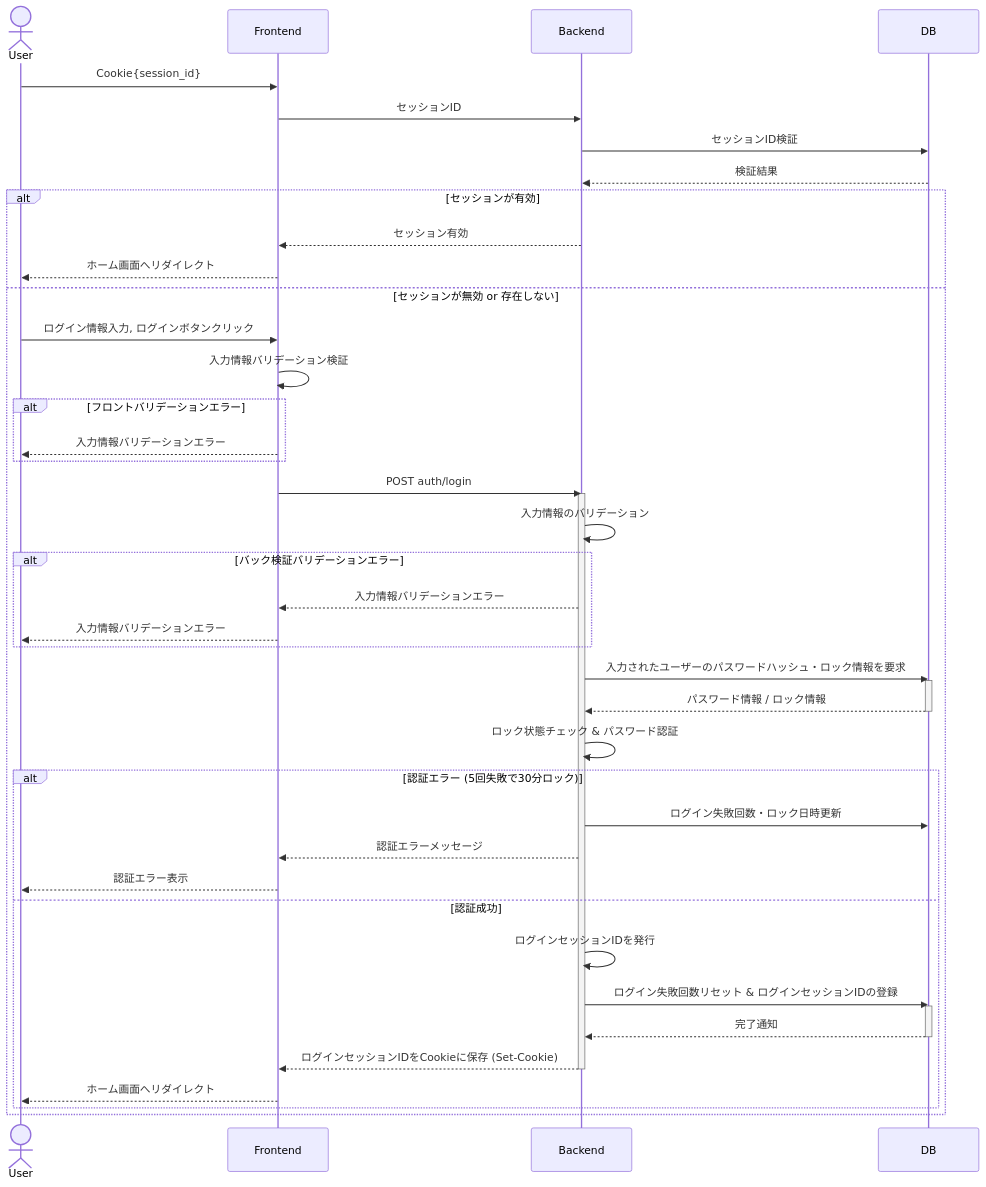
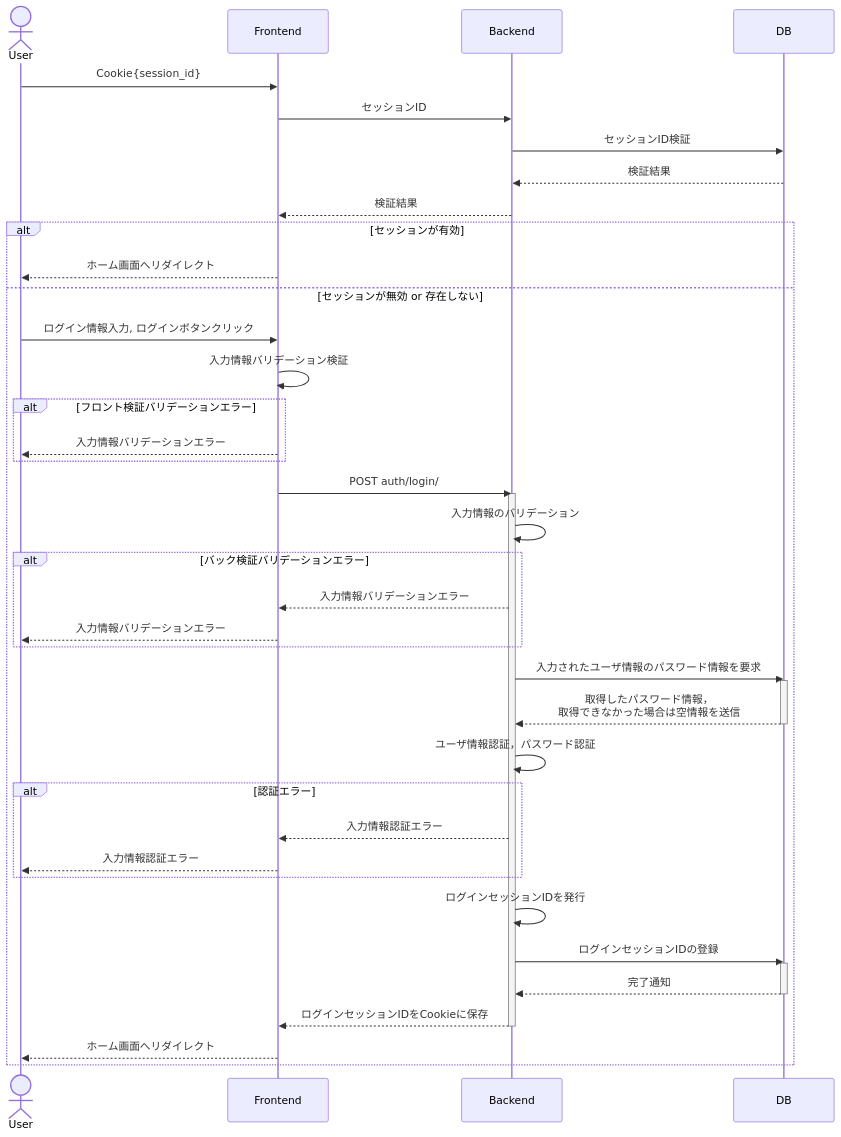
The fourth of 9 diagrams in docs/process_design.md (TUS-TI-dev-team/SyncTask), drawn with Mermaid before and after one commit. The commit also changed other lines of this file, not shown here.

````diff
--- a/docs/process_design.md
+++ b/docs/process_design.md
@@ -131,48 +144,46 @@
 ```mermaid
 sequenceDiagram
 	actor User
 	participant Frontend
 	participant Backend
 	participant DB
 
 	User->>Frontend: Cookie{session_id}
 	Frontend->>Backend: セッションID
 	Backend->>DB: セッションID検証
 	DB-->>Backend: 検証結果
+	Backend-->>Frontend: 検証結果
 	alt セッションが有効
-		Backend-->>Frontend: セッション有効
 		Frontend-->>User: ホーム画面へリダイレクト
 	else セッションが無効 or 存在しない
 		User->>Frontend: ログイン情報入力, ログインボタンクリック
 		Frontend->>Frontend: 入力情報バリデーション検証
-		alt フロントバリデーションエラー
+		alt フロント検証バリデーションエラー
 			Frontend-->>User: 入力情報バリデーションエラー
 		end
-		Frontend->>Backend: POST auth/login
+		Frontend->>Backend: POST auth/login/
 		activate Backend
 		Backend->>Backend: 入力情報のバリデーション
 		alt バック検証バリデーションエラー
 			Backend-->>Frontend: 入力情報バリデーションエラー
 			Frontend-->>User: 入力情報バリデーションエラー
 		end
-		Backend->>DB: 入力されたユーザーのパスワードハッシュ・ロック情報を要求
+		Backend->>DB: 入力されたユーザ情報のパスワード情報を要求
 		activate DB
-		DB-->>Backend: パスワード情報 / ロック情報
+		DB-->>Backend: 取得したパスワード情報，<br>取得できなかった場合は空情報を送信
 		deactivate DB
-		Backend->>Backend: ロック状態チェック & パスワード認証
-		alt 認証エラー (5回失敗で30分ロック)
-			Backend->>DB: ログイン失敗回数・ロック日時更新
-			Backend-->>Frontend: 認証エラーメッセージ
-			Frontend-->>User: 認証エラー表示
-		else 認証成功
-			Backend->>Backend: ログインセッションIDを発行
-			Backend->>DB: ログイン失敗回数リセット & ログインセッションIDの登録
-			activate DB
-			DB-->>Backend: 完了通知
-			deactivate DB
-			Backend-->>Frontend: ログインセッションIDをCookieに保存 (Set-Cookie)
-			deactivate Backend
-			Frontend-->>User: ホーム画面へリダイレクト
+		Backend->>Backend: ユーザ情報認証，パスワード認証
+		alt 認証エラー
+			Backend-->>Frontend: 入力情報認証エラー
+			Frontend-->>User: 入力情報認証エラー
 		end
+		Backend->>Backend: ログインセッションIDを発行
+		Backend->>DB: ログインセッションIDの登録
+		activate DB
+		DB-->>Backend: 完了通知
+		deactivate DB
+		Backend-->>Frontend: ログインセッションIDをCookieに保存
+		deactivate Backend
+		Frontend-->>User: ホーム画面へリダイレクト
 	end
 ```
````
